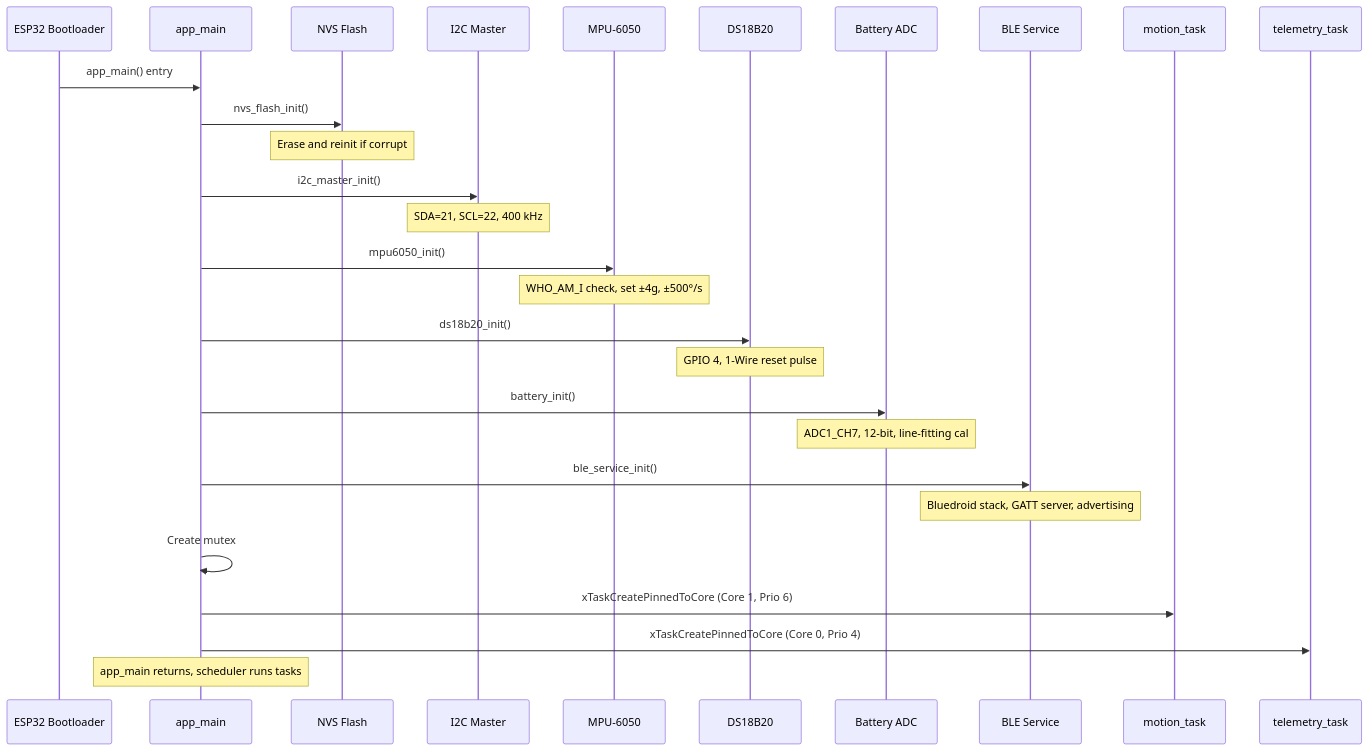
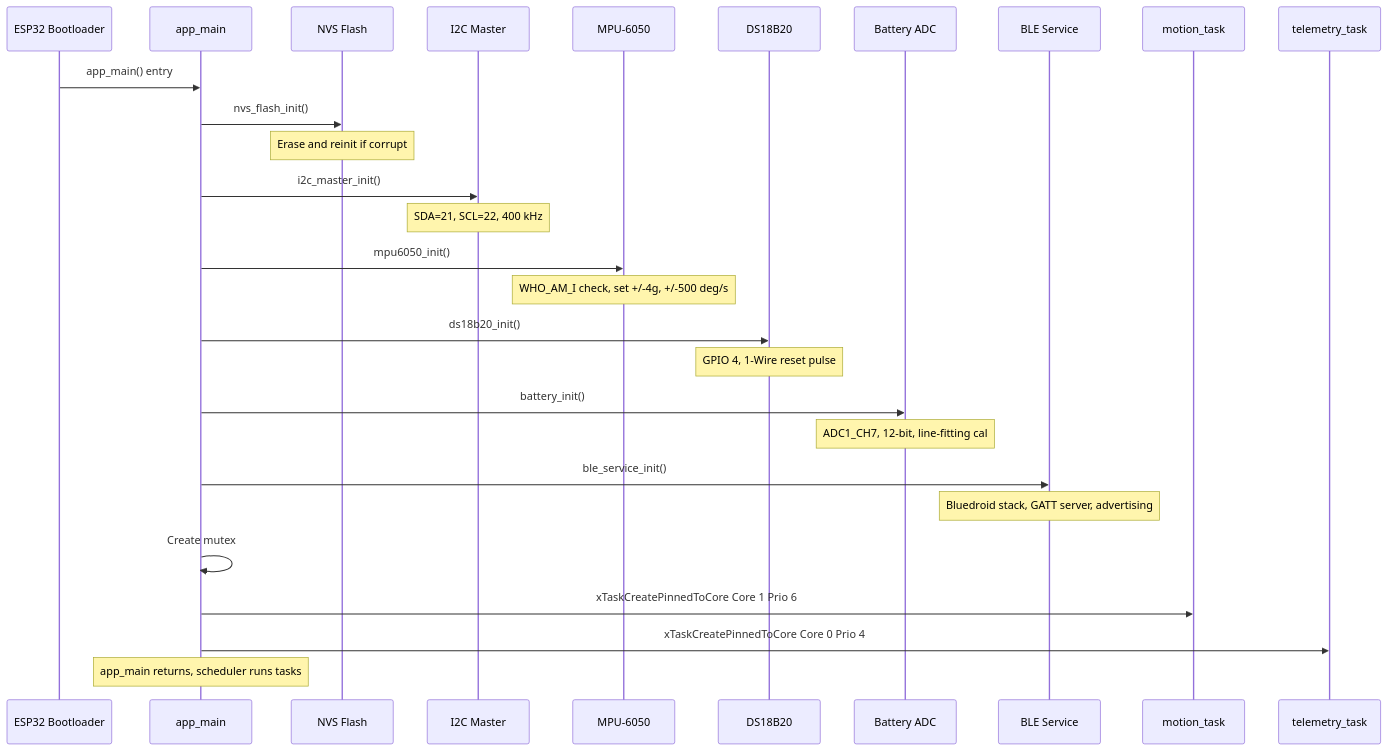
One commit to MYP-Tech/smart-goat-health-band changed the first of 5 diagrams in docs/03_FIRMWARE_DESIGN.md. Above: the diagram before and after it, drawn with Mermaid. The commit also changed other lines of this file and 6 other files, not shown here.

````diff
--- a/docs/03_FIRMWARE_DESIGN.md
+++ b/docs/03_FIRMWARE_DESIGN.md
@@ -15,31 +35,31 @@
 ```mermaid
 sequenceDiagram
     participant BOOT as ESP32 Bootloader
     participant MAIN as app_main
     participant NVS as NVS Flash
     participant I2C as I2C Master
     participant MPU as MPU-6050
     participant DS as DS18B20
     participant BAT as Battery ADC
     participant BLE as BLE Service
     participant MT as motion_task
     participant TT as telemetry_task
 
     BOOT->>MAIN: app_main() entry
     MAIN->>NVS: nvs_flash_init()
     Note over NVS: Erase and reinit if corrupt
     MAIN->>I2C: i2c_master_init()
     Note over I2C: SDA=21, SCL=22, 400 kHz
     MAIN->>MPU: mpu6050_init()
-    Note over MPU: WHO_AM_I check, set ±4g, ±500°/s
+    Note over MPU: WHO_AM_I check, set +/-4g, +/-500 deg/s
     MAIN->>DS: ds18b20_init()
     Note over DS: GPIO 4, 1-Wire reset pulse
     MAIN->>BAT: battery_init()
     Note over BAT: ADC1_CH7, 12-bit, line-fitting cal
     MAIN->>BLE: ble_service_init()
     Note over BLE: Bluedroid stack, GATT server, advertising
     MAIN->>MAIN: Create mutex
-    MAIN->>MT: xTaskCreatePinnedToCore (Core 1, Prio 6)
-    MAIN->>TT: xTaskCreatePinnedToCore (Core 0, Prio 4)
+    MAIN->>MT: xTaskCreatePinnedToCore Core 1 Prio 6
+    MAIN->>TT: xTaskCreatePinnedToCore Core 0 Prio 4
     Note over MAIN: app_main returns, scheduler runs tasks
 ```
````
